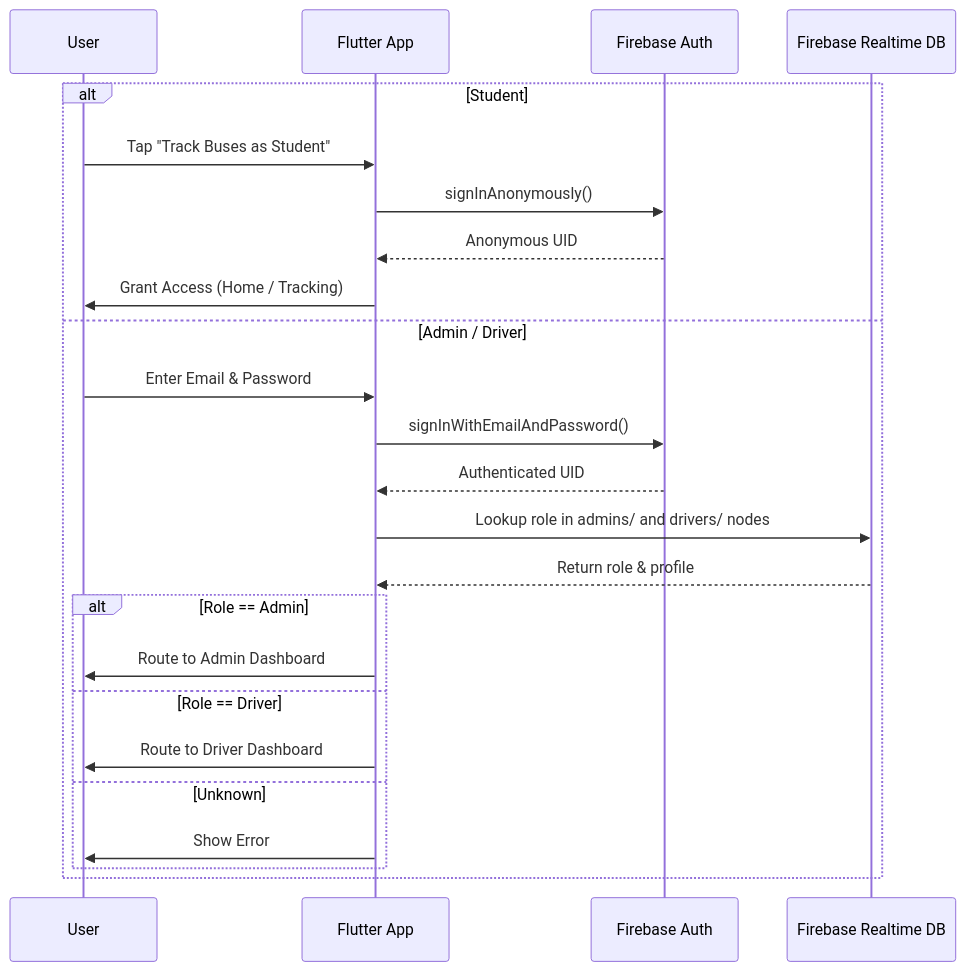
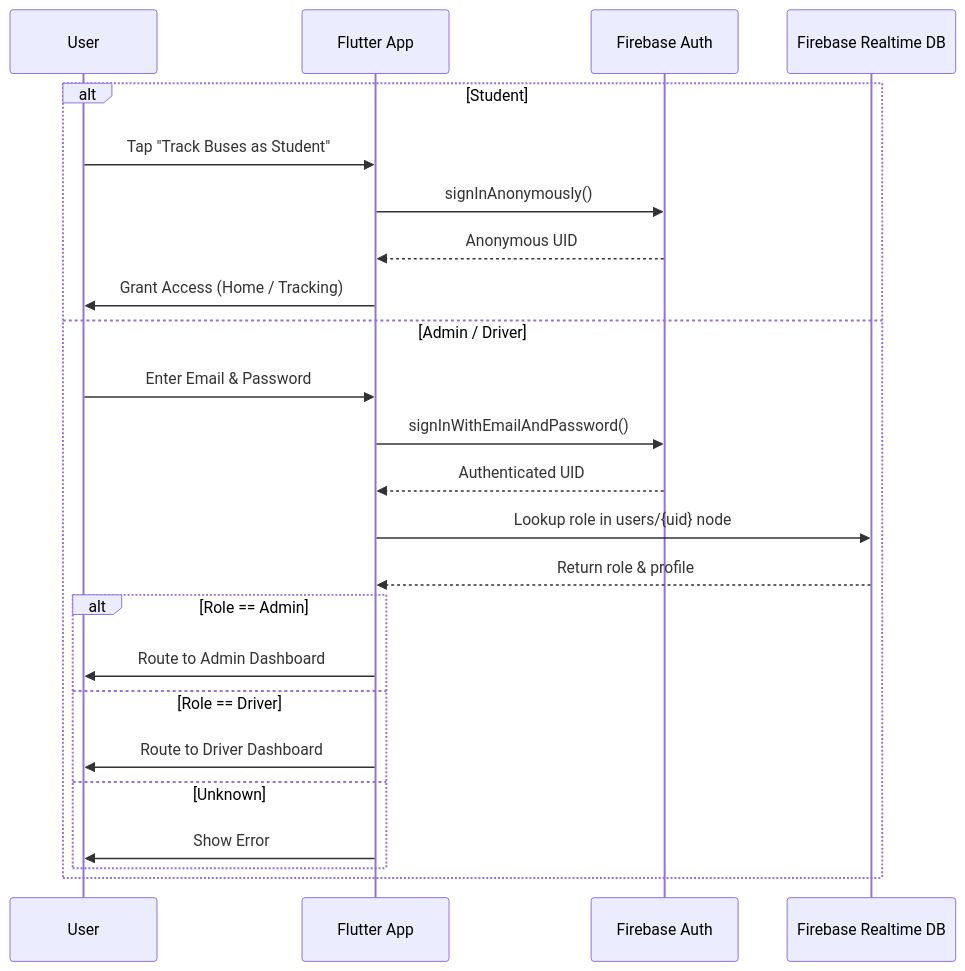
One commit to anupam9919/Real-Time-Vehicle-Tracking-System changed the second of 3 diagrams in README.md. Above: the diagram before and after it, drawn with Mermaid. The commit also changed other lines of this file, not shown here.

Commit message:
feat: document first admin setup, Firebase Auth integration, unified user role lookup, and driver speed transmission.

````diff
--- a/README.md
+++ b/README.md
@@ -82,27 +84,27 @@
 ```mermaid
 sequenceDiagram
     participant User
     participant App as Flutter App
     participant Auth as Firebase Auth
     participant DB as Firebase Realtime DB
 
     alt Student
         User->>App: Tap "Track Buses as Student"
         App->>Auth: signInAnonymously()
         Auth-->>App: Anonymous UID
         App->>User: Grant Access (Home / Tracking)
     else Admin / Driver
         User->>App: Enter Email & Password
         App->>Auth: signInWithEmailAndPassword()
         Auth-->>App: Authenticated UID
-        App->>DB: Lookup role in admins/ and drivers/ nodes
+        App->>DB: Lookup role in users/{uid} node
         DB-->>App: Return role & profile
         alt Role == Admin
             App->>User: Route to Admin Dashboard
         else Role == Driver
             App->>User: Route to Driver Dashboard
         else Unknown
             App->>User: Show Error
         end
     end
 ```
````
